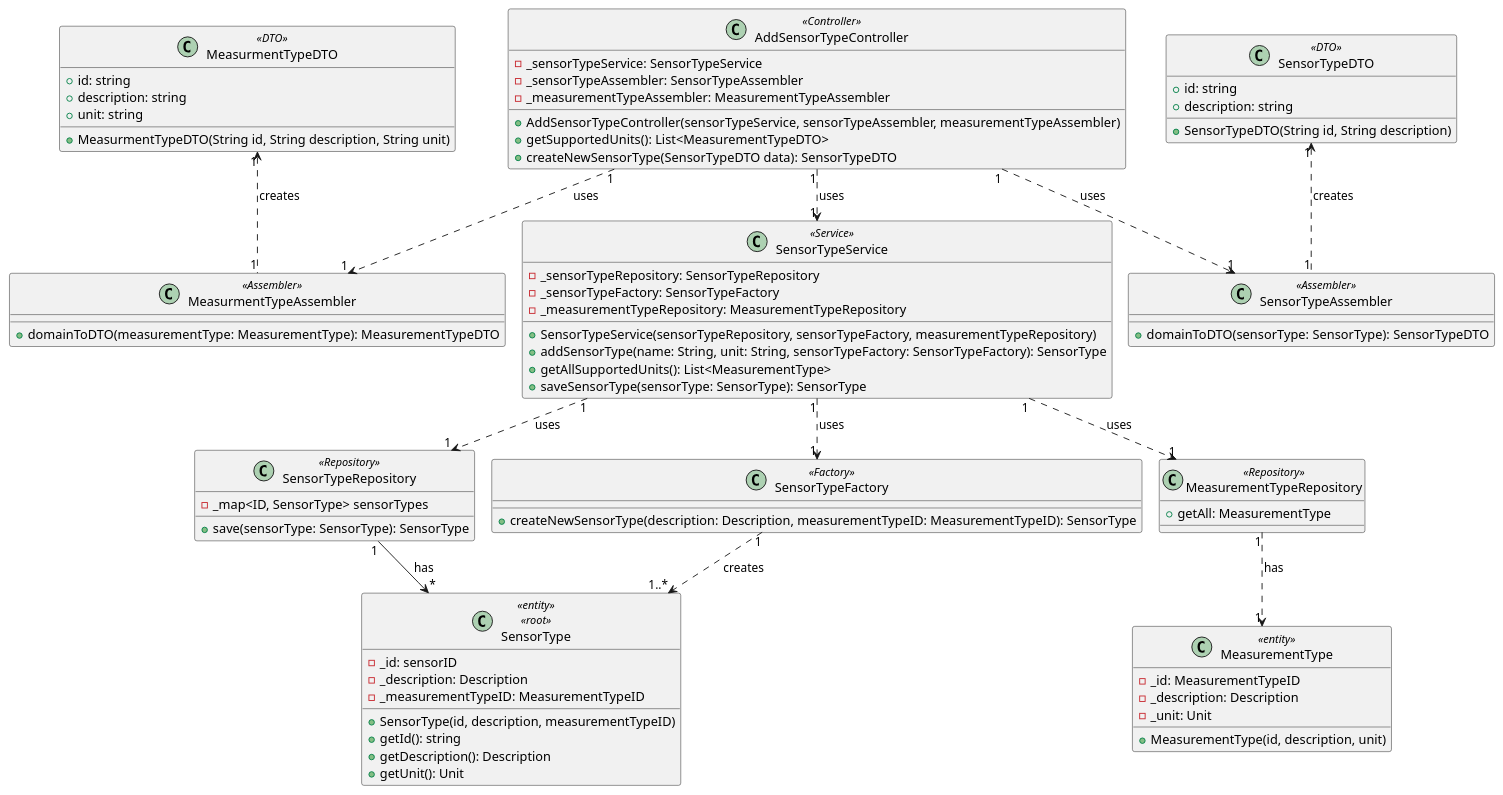
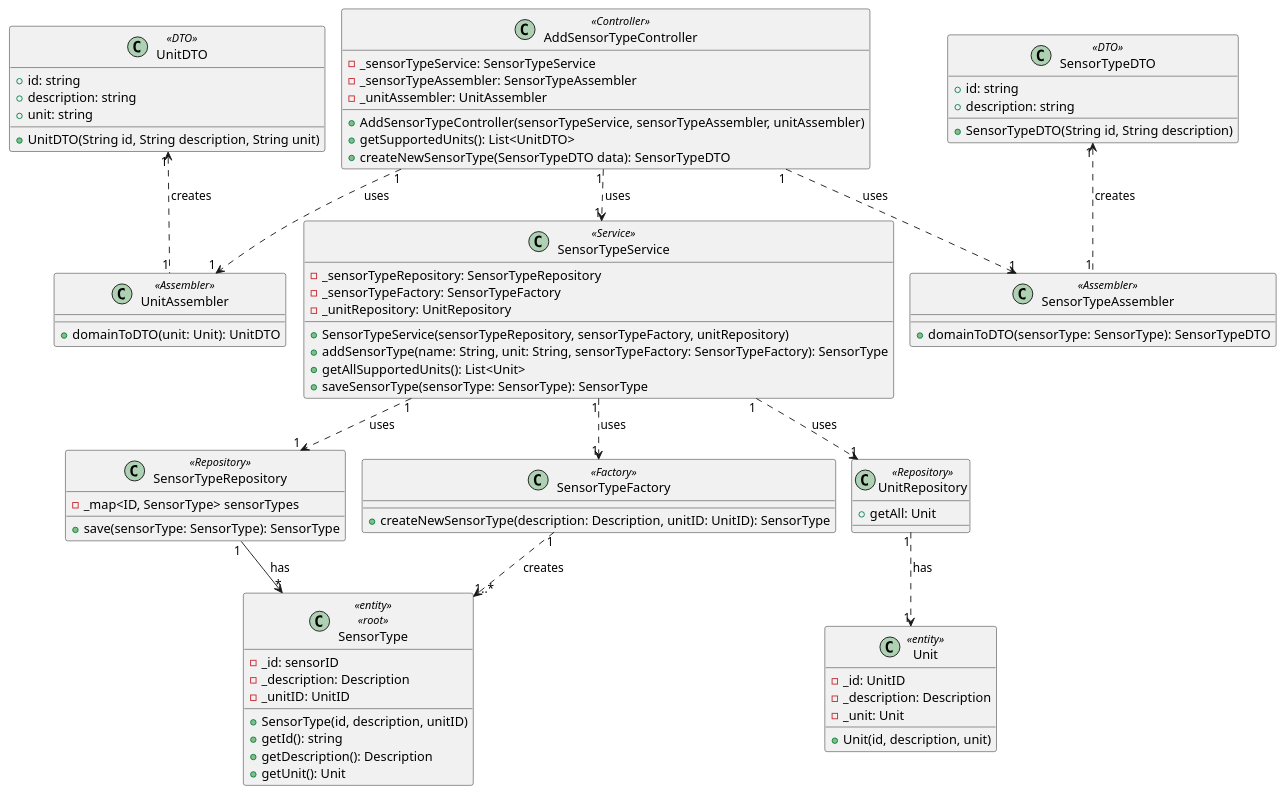
Before and after one commit to olivDiogo/SmartHome: the diagram in docs/userStories/us04/artifacts/US04CD.puml, drawn with PlantUML. The commit also changed 11 other files, not shown here.

```diff
--- a/docs/userStories/us04/artifacts/US04CD.puml
+++ b/docs/userStories/us04/artifacts/US04CD.puml
@@ -1,85 +1,85 @@
 @startuml
 !pragma layout smetana
 
 class SensorType<<entity>> <<root>> {
   - _id: sensorID
   - _description: Description
-  - _measurementTypeID: MeasurementTypeID
-  + SensorType(id, description, measurementTypeID)
+  - _unitID: UnitID
+  + SensorType(id, description, unitID)
   + getId(): string
   + getDescription(): Description
   + getUnit(): Unit
   }
 
 class SensorTypeFactory<<Factory>> {
-  + createNewSensorType(description: Description, measurementTypeID: MeasurementTypeID): SensorType
+  + createNewSensorType(description: Description, unitID: UnitID): SensorType
   }
 
 class SensorTypeRepository<<Repository>> {
   - _map<ID, SensorType> sensorTypes
   + save(sensorType: SensorType): SensorType
   }
 class SensorTypeService<<Service>> {
     - _sensorTypeRepository: SensorTypeRepository
     - _sensorTypeFactory: SensorTypeFactory
-    - _measurementTypeRepository: MeasurementTypeRepository
-  + SensorTypeService(sensorTypeRepository, sensorTypeFactory, measurementTypeRepository)
+    - _unitRepository: UnitRepository
+  + SensorTypeService(sensorTypeRepository, sensorTypeFactory, unitRepository)
   + addSensorType(name: String, unit: String, sensorTypeFactory: SensorTypeFactory): SensorType
-  + getAllSupportedUnits(): List<MeasurementType>
+  + getAllSupportedUnits(): List<Unit>
   + saveSensorType(sensorType: SensorType): SensorType
   }
-  class MeasurementTypeRepository<<Repository>> {
+  class UnitRepository<<Repository>> {
 
-    + getAll: MeasurementType
+    + getAll: Unit
     }
-class MeasurementType<<entity>> {
-  - _id: MeasurementTypeID
+class Unit<<entity>> {
+  - _id: UnitID
   - _description: Description
   - _unit: Unit
-  + MeasurementType(id, description, unit)
+  + Unit(id, description, unit)
   }
 class AddSensorTypeController<<Controller>> {
   - _sensorTypeService: SensorTypeService
   - _sensorTypeAssembler: SensorTypeAssembler
-  - _measurementTypeAssembler: MeasurementTypeAssembler
-  + AddSensorTypeController(sensorTypeService, sensorTypeAssembler, measurementTypeAssembler)
-  + getSupportedUnits(): List<MeasurementTypeDTO>
+  - _unitAssembler: UnitAssembler
+  + AddSensorTypeController(sensorTypeService, sensorTypeAssembler, unitAssembler)
+  + getSupportedUnits(): List<UnitDTO>
   + createNewSensorType(SensorTypeDTO data): SensorTypeDTO
   }
 class SensorTypeDTO<<DTO>> {
 + id: string
 + description: string
 + SensorTypeDTO(String id, String description)
 }
 class SensorTypeAssembler<<Assembler>> {
   + domainToDTO(sensorType: SensorType): SensorTypeDTO
   }
-class MeasurmentTypeAssembler<<Assembler>> {
-  + domainToDTO(measurementType: MeasurementType): MeasurementTypeDTO
+class UnitAssembler<<Assembler>> {
+  + domainToDTO(unit: Unit): UnitDTO
   }
-class MeasurmentTypeDTO<<DTO>> {
+class UnitDTO<<DTO>> {
   + id: string
   + description: string
   + unit: string
-  + MeasurmentTypeDTO(String id, String description, String unit)
+  + UnitDTO(String id, String description, String unit)
   }
 
 
 
 
 SensorTypeRepository"1" -down-> "*"SensorType: has
 SensorTypeService"1" .down.> "1"SensorTypeFactory: uses
 SensorTypeService"1" .down.> "1"SensorTypeRepository: uses
-SensorTypeService"1" .down.> "1"MeasurementTypeRepository: uses
-MeasurementTypeRepository"1" .down.> "1"MeasurementType: has
+SensorTypeService"1" .down.> "1"UnitRepository: uses
+UnitRepository"1" .down.> "1"Unit: has
 SensorTypeFactory"1" .down.> "1..*"SensorType: creates
 AddSensorTypeController"1" .down.> "1"SensorTypeService: uses
 AddSensorTypeController"1" .down.> "1"SensorTypeAssembler: uses
 SensorTypeAssembler"1" .up.> "1"SensorTypeDTO: creates
-AddSensorTypeController"1" .down.> "1"MeasurmentTypeAssembler: uses
-MeasurmentTypeAssembler"1" .up.> "1"MeasurmentTypeDTO: creates
+AddSensorTypeController"1" .down.> "1"UnitAssembler: uses
+UnitAssembler"1" .up.> "1"UnitDTO: creates
 
 
 
 
 @enduml
```
